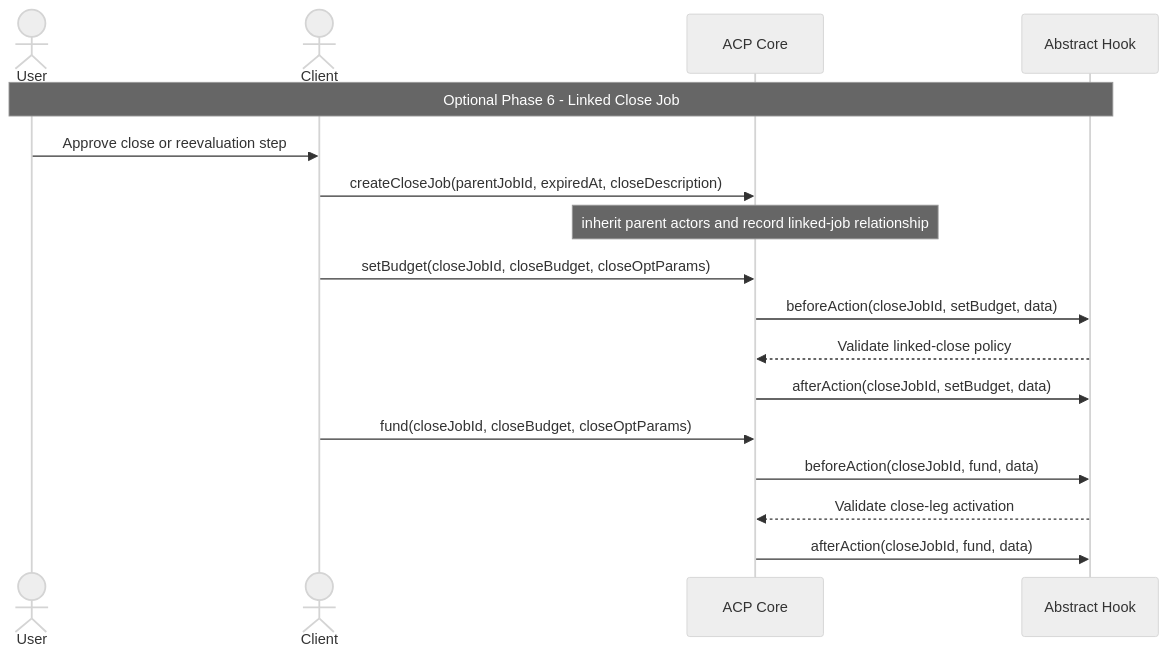
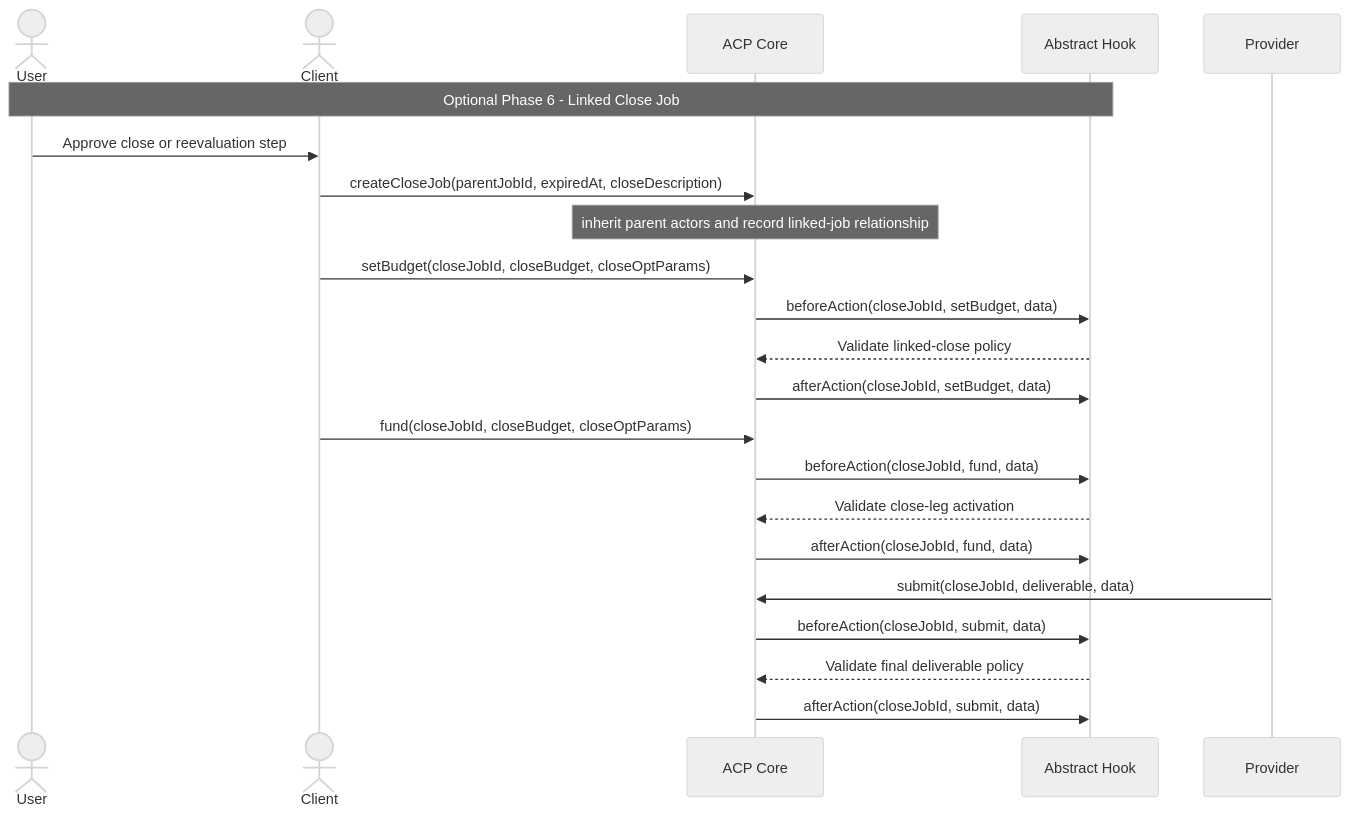
The second of 2 diagrams in contracts/mcu/abstract-hook-sequence.md (t54-labs/ERC-ACP), drawn with Mermaid (neutral theme) before and after one commit. The commit also changed other lines of this file and 14 other files, not shown here.

First line of the commit message:
feat: align MCU with open and close job semantics

````diff
--- a/contracts/mcu/abstract-hook-sequence.md
+++ b/contracts/mcu/abstract-hook-sequence.md
@@ -79,22 +41,27 @@
 ```mermaid
 sequenceDiagram
     actor User
     actor Client
     participant ACP as ACP Core
     participant Hook as Abstract Hook
 
     Note over User,Hook: Optional Phase 6 - Linked Close Job
     User->>Client: Approve close or reevaluation step
     Client->>ACP: createCloseJob(parentJobId, expiredAt, closeDescription)
     Note over ACP: inherit parent actors and record linked-job relationship
 
     Client->>ACP: setBudget(closeJobId, closeBudget, closeOptParams)
     ACP->>Hook: beforeAction(closeJobId, setBudget, data)
     Hook-->>ACP: Validate linked-close policy
     ACP->>Hook: afterAction(closeJobId, setBudget, data)
 
     Client->>ACP: fund(closeJobId, closeBudget, closeOptParams)
     ACP->>Hook: beforeAction(closeJobId, fund, data)
     Hook-->>ACP: Validate close-leg activation
     ACP->>Hook: afterAction(closeJobId, fund, data)
+
+    Provider->>ACP: submit(closeJobId, deliverable, data)
+    ACP->>Hook: beforeAction(closeJobId, submit, data)
+    Hook-->>ACP: Validate final deliverable policy
+    ACP->>Hook: afterAction(closeJobId, submit, data)
 ```
````
